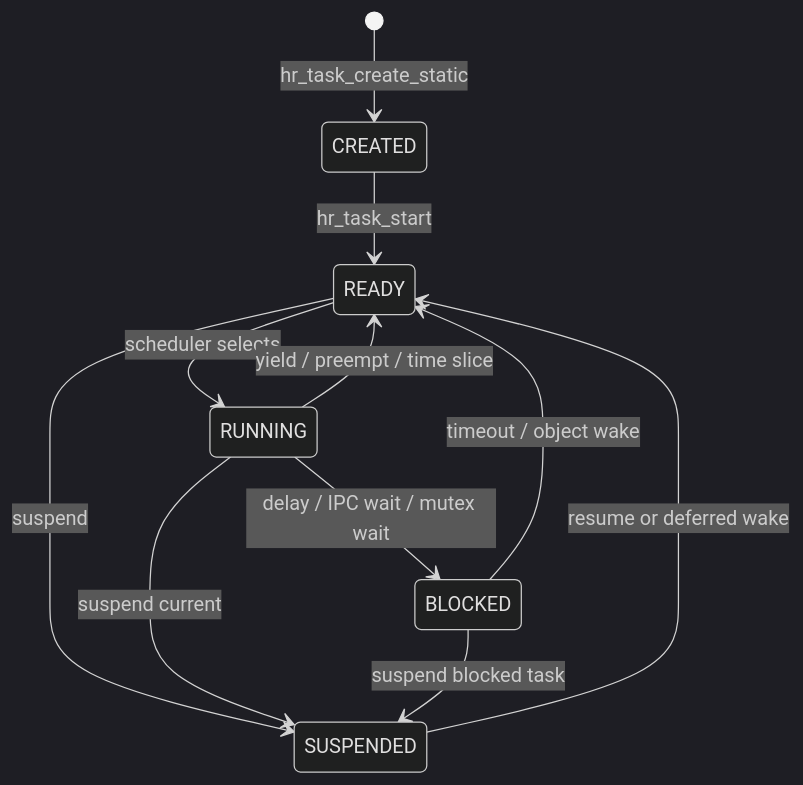
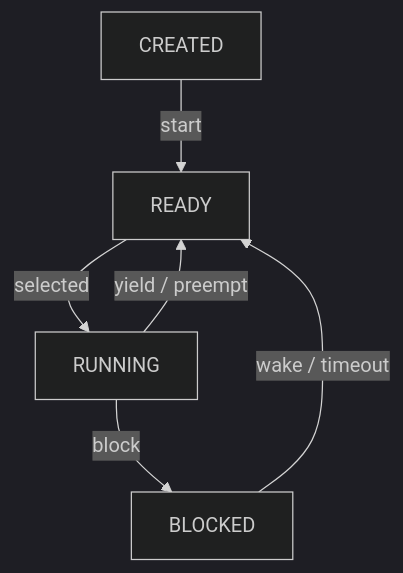
The first of 2 diagrams in docs/01-kernel-core/task-model.md (haikevins/hairtos), drawn with Mermaid (dark theme) before and after one commit. The commit also changed other lines of this file and 82 other files, not shown here.

````diff
--- a/docs/01-kernel-core/task-model.md
+++ b/docs/01-kernel-core/task-model.md
@@ -58,13 +59,8 @@
 ```mermaid
-stateDiagram-v2
-    [*] --> CREATED: hr_task_create_static
-    CREATED --> READY: hr_task_start
-    READY --> RUNNING: scheduler selects
-    RUNNING --> READY: yield / preempt / time slice
-    RUNNING --> BLOCKED: delay / IPC wait / mutex wait
-    BLOCKED --> READY: timeout / object wake
-    READY --> SUSPENDED: suspend
-    RUNNING --> SUSPENDED: suspend current
-    BLOCKED --> SUSPENDED: suspend blocked task
-    SUSPENDED --> READY: resume or deferred wake
+flowchart TB
+    CREATED["CREATED"] -->|"start"| READY["READY"]
+    READY -->|"selected"| RUNNING["RUNNING"]
+    RUNNING -->|"yield / preempt"| READY
+    RUNNING -->|"block"| BLOCKED["BLOCKED"]
+    BLOCKED -->|"wake / timeout"| READY
 ```
````
